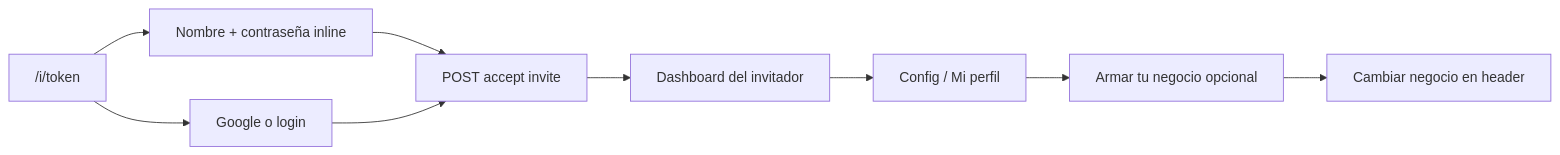
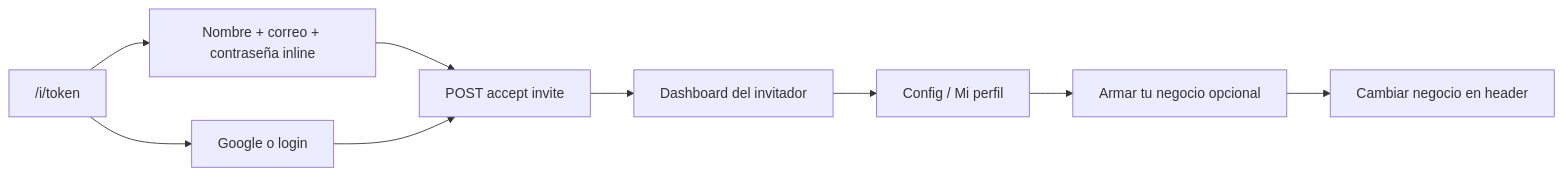
The diagram in docs/invites-and-accounts.md (jonatha1992/tablero_control), drawn with Mermaid before and after one commit. The commit also changed other lines of this file and 17 other files, not shown here.

````diff
--- a/docs/invites-and-accounts.md
+++ b/docs/invites-and-accounts.md
@@ -30,11 +30,11 @@
 ```mermaid
 flowchart LR
-  invite["/i/token"] --> signup["Nombre + contraseña inline"]
+  invite["/i/token"] --> signup["Nombre + correo + contraseña inline"]
   signup --> accept["POST accept invite"]
   invite --> authAlt[Google o login]
   authAlt --> accept
   accept --> dash[Dashboard del invitador]
   dash --> config[Config / Mi perfil]
   config --> create["Armar tu negocio opcional"]
   create --> switch[Cambiar negocio en header]
 ```
````
